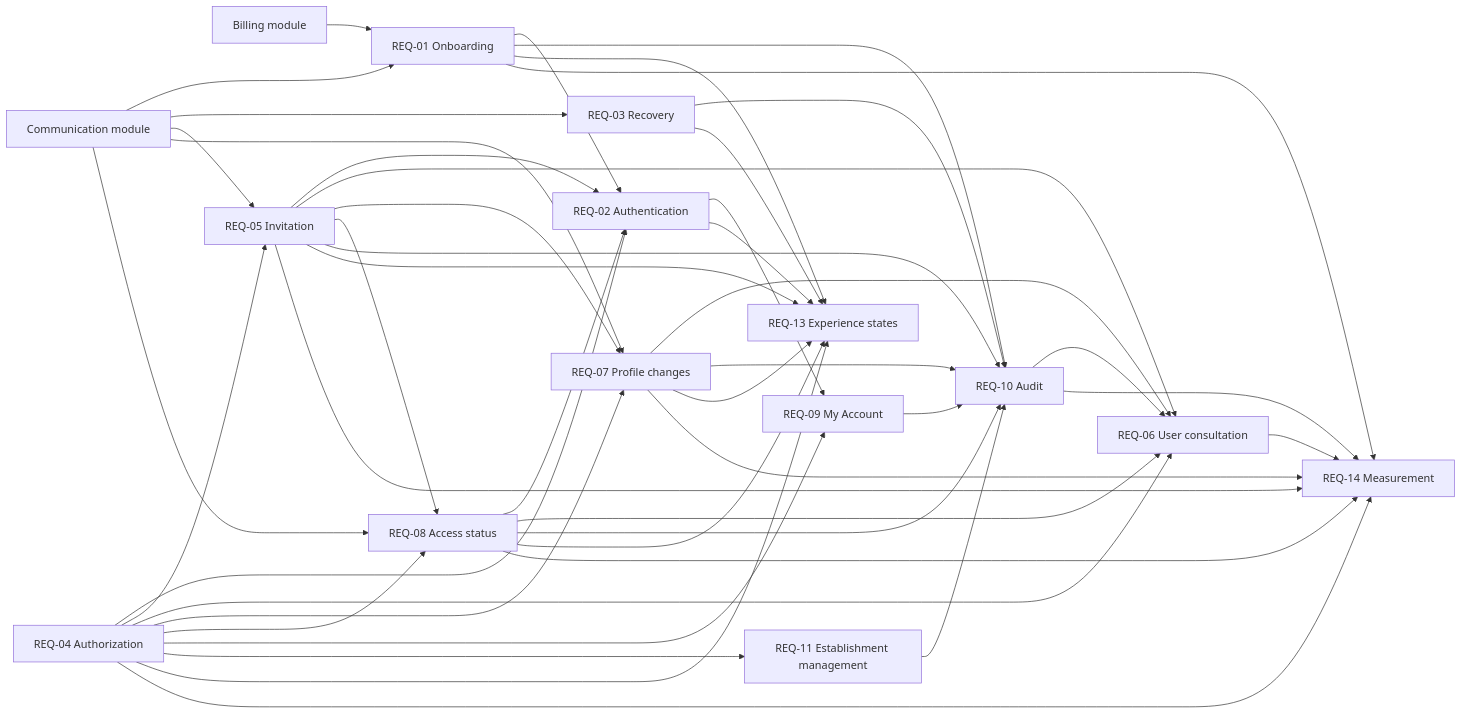
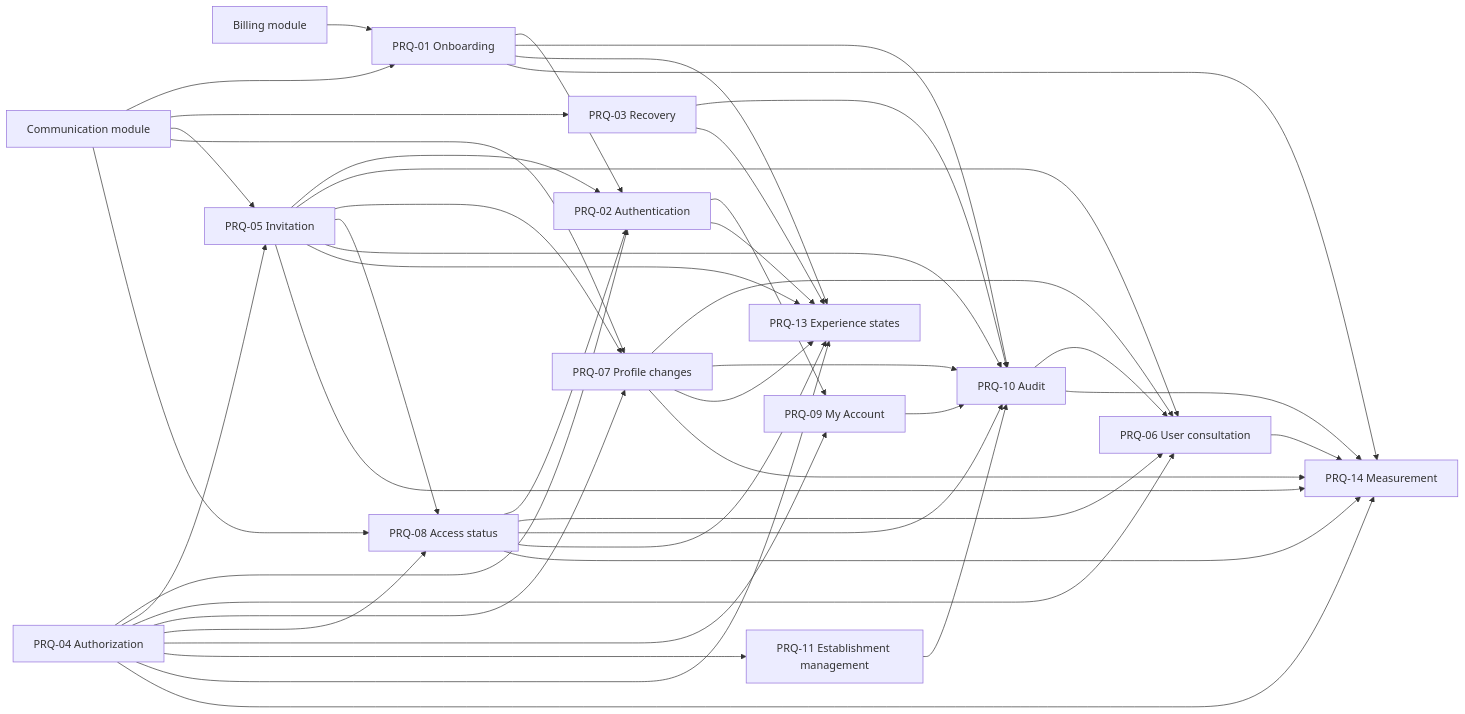
Before and after one commit to rafinel/scoops: the diagram in documentation/prds/identity.md, drawn with Mermaid. The commit also changed other lines of this file and 24 other files, not shown here.

Commit message:
docs(prd): update requirement identifiers from REQ-* to PRQ-* across multiple documents

````diff
--- a/documentation/prds/identity.md
+++ b/documentation/prds/identity.md
@@ -627,52 +627,52 @@
 ```mermaid
 flowchart LR
-    Billing["Billing module"] --> REQ01["REQ-01 Onboarding"]
-    Communication["Communication module"] --> REQ01
-    Communication --> REQ03["REQ-03 Recovery"]
-    Communication --> REQ05["REQ-05 Invitation"]
-    Communication --> REQ07["REQ-07 Profile changes"]
-    Communication --> REQ08["REQ-08 Access status"]
+    Billing["Billing module"] --> PRQ01["PRQ-01 Onboarding"]
+    Communication["Communication module"] --> PRQ01
+    Communication --> PRQ03["PRQ-03 Recovery"]
+    Communication --> PRQ05["PRQ-05 Invitation"]
+    Communication --> PRQ07["PRQ-07 Profile changes"]
+    Communication --> PRQ08["PRQ-08 Access status"]
 
-    REQ01 --> REQ02["REQ-02 Authentication"]
-    REQ01 --> REQ10["REQ-10 Audit"]
-    REQ01 --> REQ13["REQ-13 Experience states"]
-    REQ01 --> REQ14["REQ-14 Measurement"]
+    PRQ01 --> PRQ02["PRQ-02 Authentication"]
+    PRQ01 --> PRQ10["PRQ-10 Audit"]
+    PRQ01 --> PRQ13["PRQ-13 Experience states"]
+    PRQ01 --> PRQ14["PRQ-14 Measurement"]
 
-    REQ02 --> REQ09["REQ-09 My Account"]
-    REQ02 --> REQ13
-    REQ03 --> REQ10
-    REQ03 --> REQ13
+    PRQ02 --> PRQ09["PRQ-09 My Account"]
+    PRQ02 --> PRQ13
+    PRQ03 --> PRQ10
+    PRQ03 --> PRQ13
 
-    REQ04["REQ-04 Authorization"] --> REQ02
-    REQ04 --> REQ05
-    REQ04 --> REQ06["REQ-06 User consultation"]
-    REQ04 --> REQ07
-    REQ04 --> REQ08
-    REQ04 --> REQ09
-    REQ04 --> REQ11["REQ-11 Establishment management"]
-    REQ04 --> REQ13
-    REQ04 --> REQ14
+    PRQ04["PRQ-04 Authorization"] --> PRQ02
+    PRQ04 --> PRQ05
+    PRQ04 --> PRQ06["PRQ-06 User consultation"]
+    PRQ04 --> PRQ07
+    PRQ04 --> PRQ08
+    PRQ04 --> PRQ09
+    PRQ04 --> PRQ11["PRQ-11 Establishment management"]
+    PRQ04 --> PRQ13
+    PRQ04 --> PRQ14
 
-    REQ05 --> REQ02
-    REQ05 --> REQ06
-    REQ05 --> REQ07
-    REQ05 --> REQ08
-    REQ05 --> REQ10
-    REQ05 --> REQ13
-    REQ05 --> REQ14
+    PRQ05 --> PRQ02
+    PRQ05 --> PRQ06
+    PRQ05 --> PRQ07
+    PRQ05 --> PRQ08
+    PRQ05 --> PRQ10
+    PRQ05 --> PRQ13
+    PRQ05 --> PRQ14
 
-    REQ06 --> REQ14
-    REQ07 --> REQ06
-    REQ07 --> REQ10
-    REQ07 --> REQ13
-    REQ07 --> REQ14
-    REQ08 --> REQ02
-    REQ08 --> REQ06
-    REQ08 --> REQ10
-    REQ08 --> REQ13
-    REQ08 --> REQ14
-    REQ09 --> REQ10
-    REQ10 --> REQ06
-    REQ10 --> REQ14
-    REQ11 --> REQ10
+    PRQ06 --> PRQ14
+    PRQ07 --> PRQ06
+    PRQ07 --> PRQ10
+    PRQ07 --> PRQ13
+    PRQ07 --> PRQ14
+    PRQ08 --> PRQ02
+    PRQ08 --> PRQ06
+    PRQ08 --> PRQ10
+    PRQ08 --> PRQ13
+    PRQ08 --> PRQ14
+    PRQ09 --> PRQ10
+    PRQ10 --> PRQ06
+    PRQ10 --> PRQ14
+    PRQ11 --> PRQ10
 ```
````
